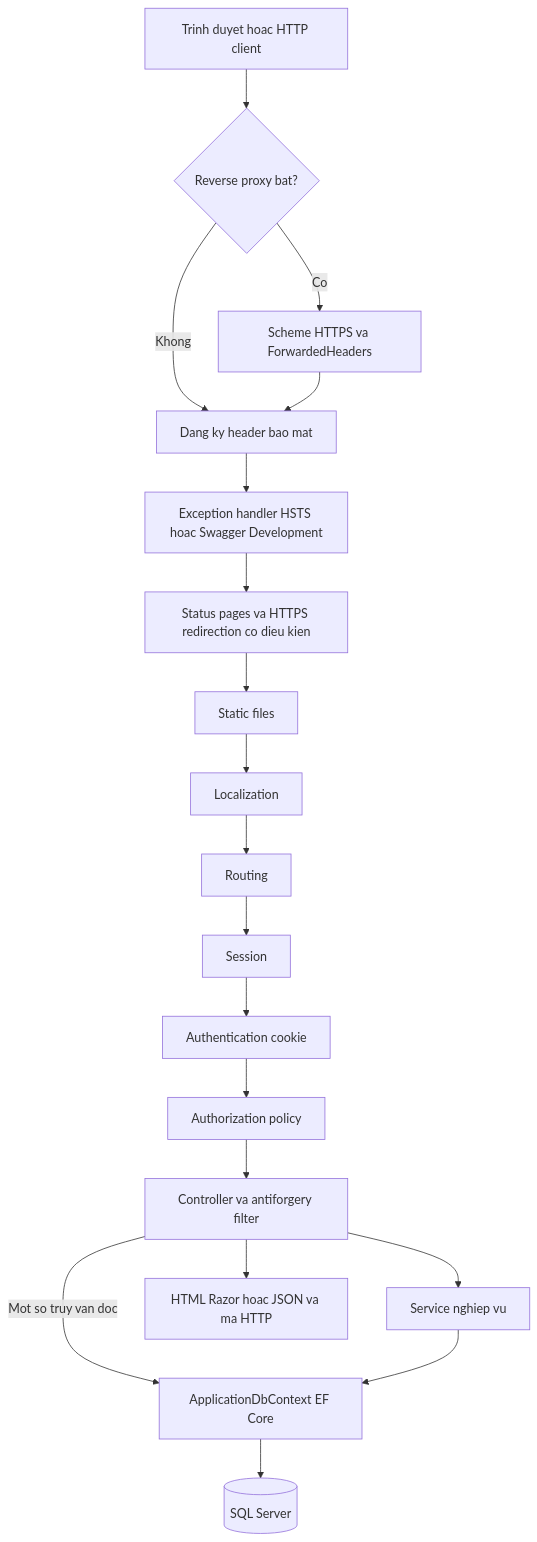
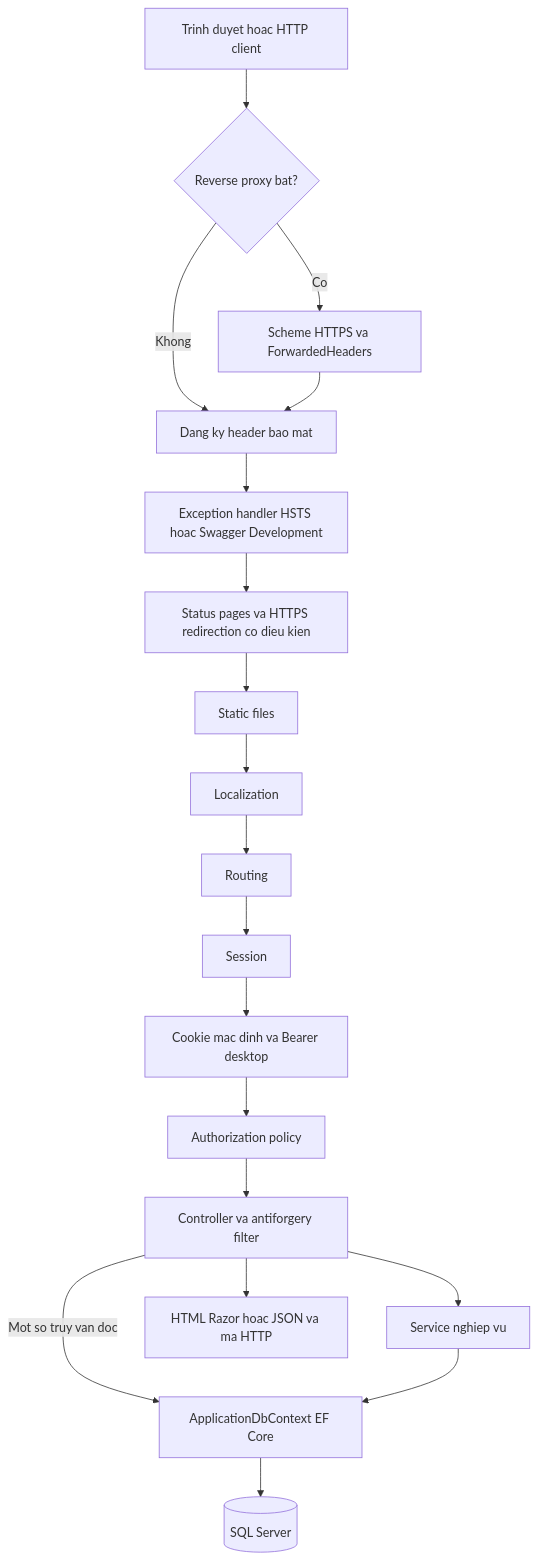
One commit to FushiMasterDev/LTW changed the first of 2 diagrams in docs/api-va-backend.md. Above: the diagram before and after it, drawn with Mermaid. The commit also changed other lines of this file and 30 other files, not shown here.

````diff
--- a/docs/api-va-backend.md
+++ b/docs/api-va-backend.md
@@ -37,21 +37,21 @@
 ```mermaid
 flowchart TD
     Client[Trinh duyet hoac HTTP client] --> Proxy{Reverse proxy bat?}
     Proxy -->|Co| Forward[Scheme HTTPS va ForwardedHeaders]
     Proxy -->|Khong| Headers[Dang ky header bao mat]
     Forward --> Headers
     Headers --> Env[Exception handler HSTS hoac Swagger Development]
     Env --> Status[Status pages va HTTPS redirection co dieu kien]
     Status --> Static[Static files]
     Static --> Local[Localization]
     Local --> Route[Routing]
     Route --> Session[Session]
-    Session --> Auth[Authentication cookie]
+    Session --> Auth[Cookie mac dinh va Bearer desktop]
     Auth --> Policy[Authorization policy]
     Policy --> MVC[Controller va antiforgery filter]
     MVC --> Service[Service nghiep vu]
     MVC -->|Mot so truy van doc| EF[ApplicationDbContext EF Core]
     Service --> EF
     EF --> SQL[(SQL Server)]
     MVC --> Result[HTML Razor hoac JSON va ma HTTP]
 ```
````
